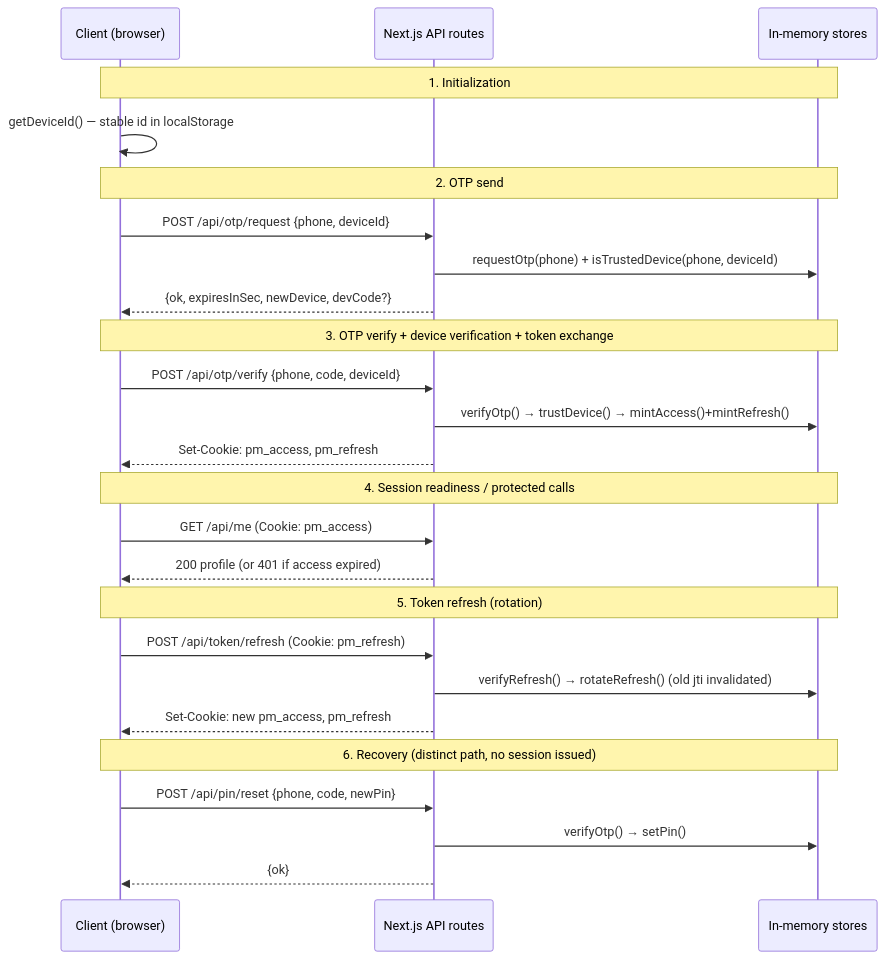
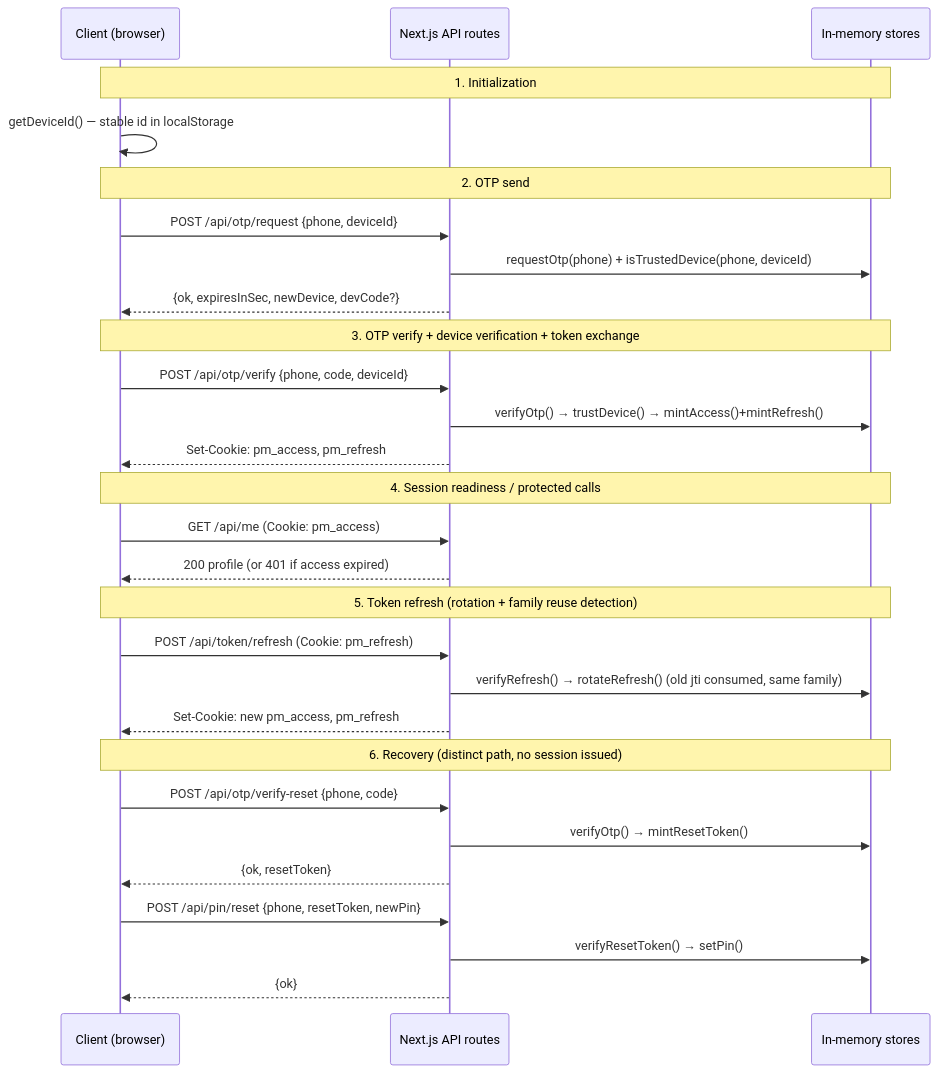
The diagram in docs/AUTH.md (iiio2/poa), drawn with Mermaid before and after one commit. The commit also changed other lines of this file and 24 other files, not shown here.

Commit message:
feat: simulated wallet OTP auth lifecycle (login, device binding, token refresh, PIN recovery)

````diff
--- a/docs/AUTH.md
+++ b/docs/AUTH.md
@@ -14,33 +14,36 @@
 ```mermaid
 sequenceDiagram
     participant C as Client (browser)
     participant API as Next.js API routes
     participant S as In-memory stores
 
     Note over C,S: 1. Initialization
     C->>C: getDeviceId() — stable id in localStorage
 
     Note over C,S: 2. OTP send
     C->>API: POST /api/otp/request {phone, deviceId}
     API->>S: requestOtp(phone) + isTrustedDevice(phone, deviceId)
     API-->>C: {ok, expiresInSec, newDevice, devCode?}
 
     Note over C,S: 3. OTP verify + device verification + token exchange
     C->>API: POST /api/otp/verify {phone, code, deviceId}
     API->>S: verifyOtp() → trustDevice() → mintAccess()+mintRefresh()
     API-->>C: Set-Cookie: pm_access, pm_refresh
 
     Note over C,S: 4. Session readiness / protected calls
     C->>API: GET /api/me (Cookie: pm_access)
     API-->>C: 200 profile  (or 401 if access expired)
 
-    Note over C,S: 5. Token refresh (rotation)
+    Note over C,S: 5. Token refresh (rotation + family reuse detection)
     C->>API: POST /api/token/refresh (Cookie: pm_refresh)
-    API->>S: verifyRefresh() → rotateRefresh() (old jti invalidated)
+    API->>S: verifyRefresh() → rotateRefresh() (old jti consumed, same family)
     API-->>C: Set-Cookie: new pm_access, pm_refresh
 
     Note over C,S: 6. Recovery (distinct path, no session issued)
-    C->>API: POST /api/pin/reset {phone, code, newPin}
-    API->>S: verifyOtp() → setPin()
+    C->>API: POST /api/otp/verify-reset {phone, code}
+    API->>S: verifyOtp() → mintResetToken()
+    API-->>C: {ok, resetToken}
+    C->>API: POST /api/pin/reset {phone, resetToken, newPin}
+    API->>S: verifyResetToken() → setPin()
     API-->>C: {ok}
 ```
````
